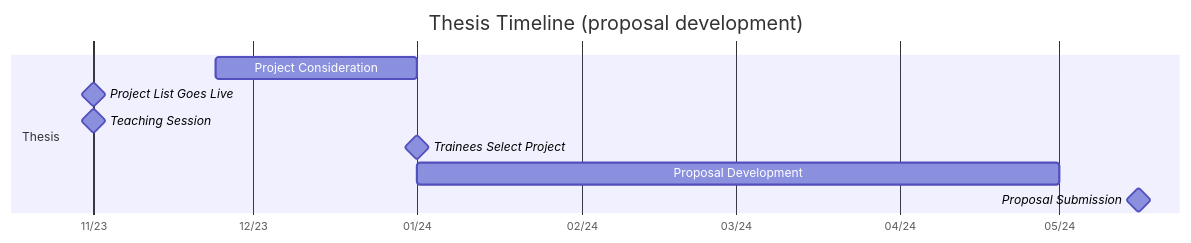
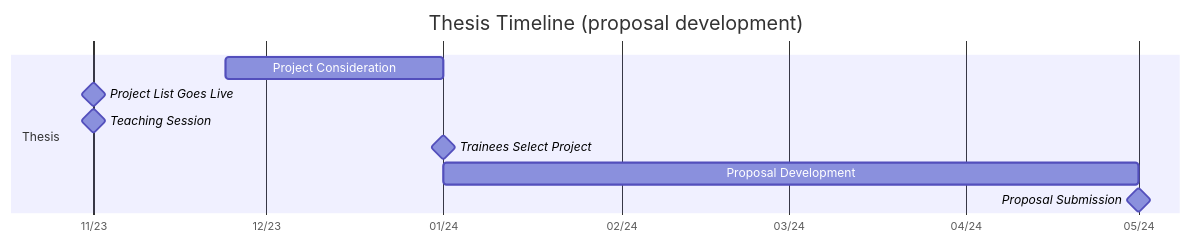
Before and after one commit to christopherjwilson/APRM23: the diagram in docs/slides/induction_thesis.qmd, drawn with Mermaid.

````diff
--- a/docs/slides/induction_thesis.qmd
+++ b/docs/slides/induction_thesis.qmd
@@ -20,14 +20,14 @@
 ```{mermaid}
 gantt
     title Thesis Timeline (proposal development)
     dateFormat  YYYY-MM
     section Thesis
     axisFormat %m/%y
     Project Consideration : 2023-11-24, 2024-01
     Project List Goes Live :milestone, 2023-11, 0d
     Teaching Session :milestone, 2023-11, 0d
     Trainees Select Project :milestone, 2024-01, 0d
     Proposal Development : 2024-01,2024-05
-    Proposal Submission :milestone, 2024-05-16, 0d
+    Proposal Submission :milestone, 2024-05, 0d
 
 ```
````
